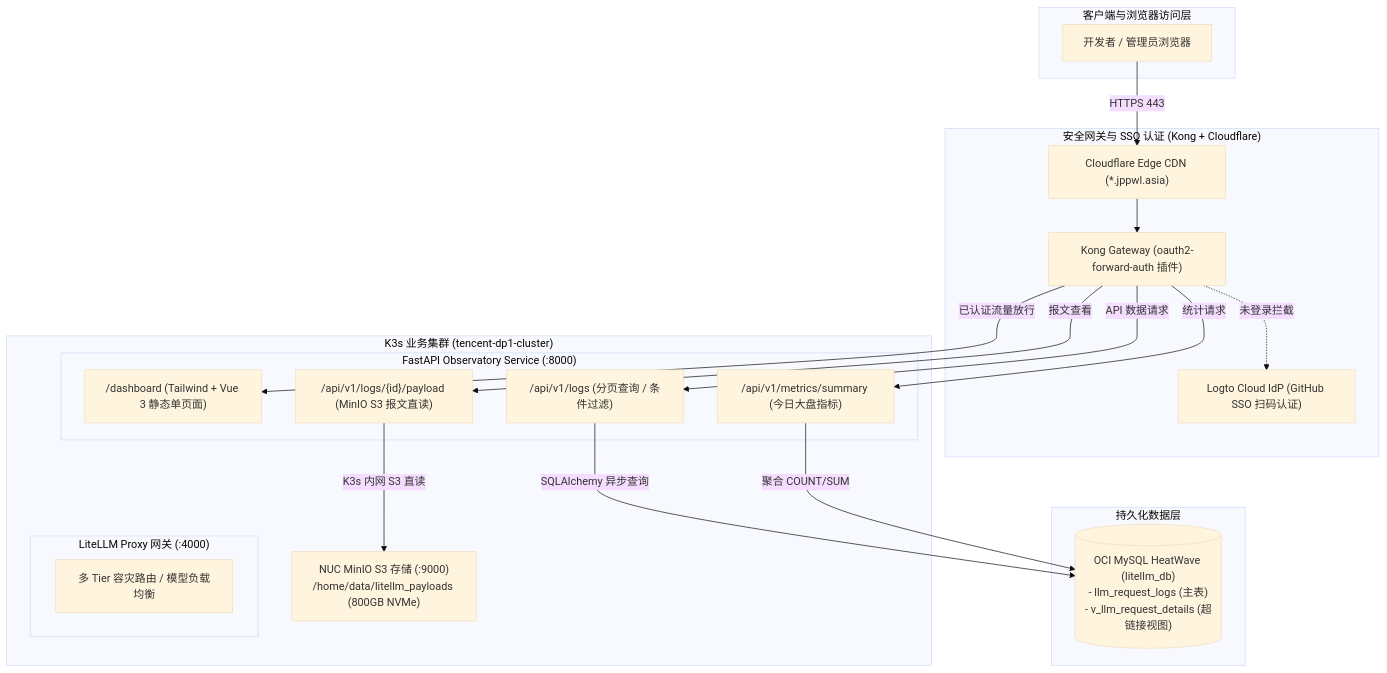
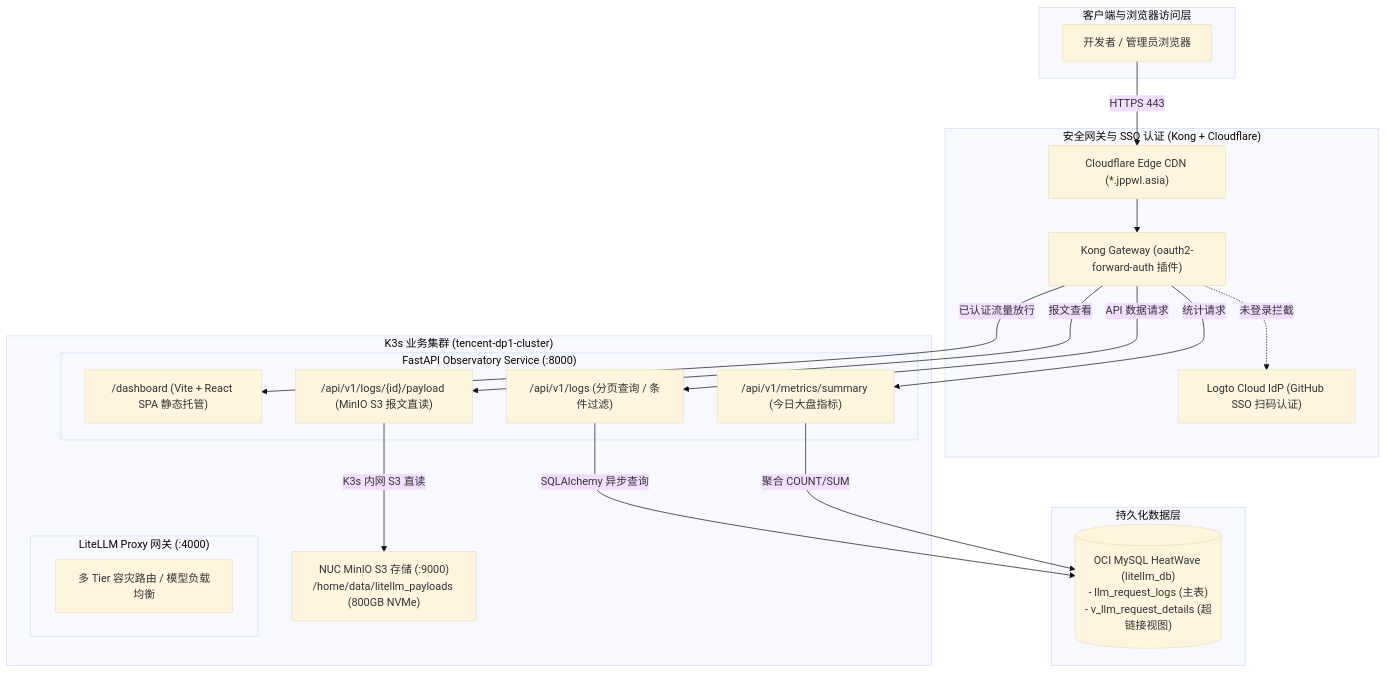
One commit to nvd11/my-litellm-service changed the first of 2 diagrams in docs/plans/phase_6_observability_dashboard_implementation_plan.md. Above: the diagram before and after it, drawn with Mermaid (base theme). The commit also changed other lines of this file and 1 other file, not shown here.

````diff
--- a/docs/plans/phase_6_observability_dashboard_implementation_plan.md
+++ b/docs/plans/phase_6_observability_dashboard_implementation_plan.md
@@ -23,43 +23,43 @@
 ```mermaid
 flowchart TD
     subgraph ClientLayer["客户端与浏览器访问层"]
         Browser["开发者 / 管理员浏览器"]
     end
 
     subgraph SecurityLayer["安全网关与 SSO 认证 (Kong + Cloudflare)"]
         CF["Cloudflare Edge CDN (*.jppwl.asia)"]
         Kong["Kong Gateway (oauth2-forward-auth 插件)"]
         Logto["Logto Cloud IdP (GitHub SSO 扫码认证)"]
     end
 
     subgraph K3sCluster["K3s 业务集群 (tencent-dp1-cluster)"]
         subgraph FastAPI_Pod["FastAPI Observatory Service (:8000)"]
-            StaticUI["/dashboard (Tailwind + Vue 3 静态单页面)"]
+            StaticUI["/dashboard (Vite + React SPA 静态托管)"]
             LogAPI["/api/v1/logs (分页查询 / 条件过滤)"]
             SummaryAPI["/api/v1/metrics/summary (今日大盘指标)"]
             PayloadProxy["/api/v1/logs/{id}/payload (MinIO S3 报文直读)"]
         end
 
         subgraph LiteLLM_Pod["LiteLLM Proxy 网关 (:4000)"]
             Router["多 Tier 容灾路由 / 模型负载均衡"]
         end
 
         MinIO["NUC MinIO S3 存储 (:9000)<br/>/home/data/litellm_payloads (800GB NVMe)"]
     end
 
     subgraph StorageLayer["持久化数据层"]
         MySQL[("OCI MySQL HeatWave (litellm_db)<br/>- llm_request_logs (主表)<br/>- v_llm_request_details (超链接视图)")]
     end
 
     Browser -->|HTTPS 443| CF
     CF --> Kong
     Kong -.->|未登录拦截| Logto
     Kong -->|已认证流量放行| StaticUI
     Kong -->|API 数据请求| LogAPI
     Kong -->|统计请求| SummaryAPI
     Kong -->|报文查看| PayloadProxy
 
     LogAPI -->|SQLAlchemy 异步查询| MySQL
     SummaryAPI -->|聚合 COUNT/SUM| MySQL
     PayloadProxy -->|K3s 内网 S3 直读| MinIO
 ```
````
